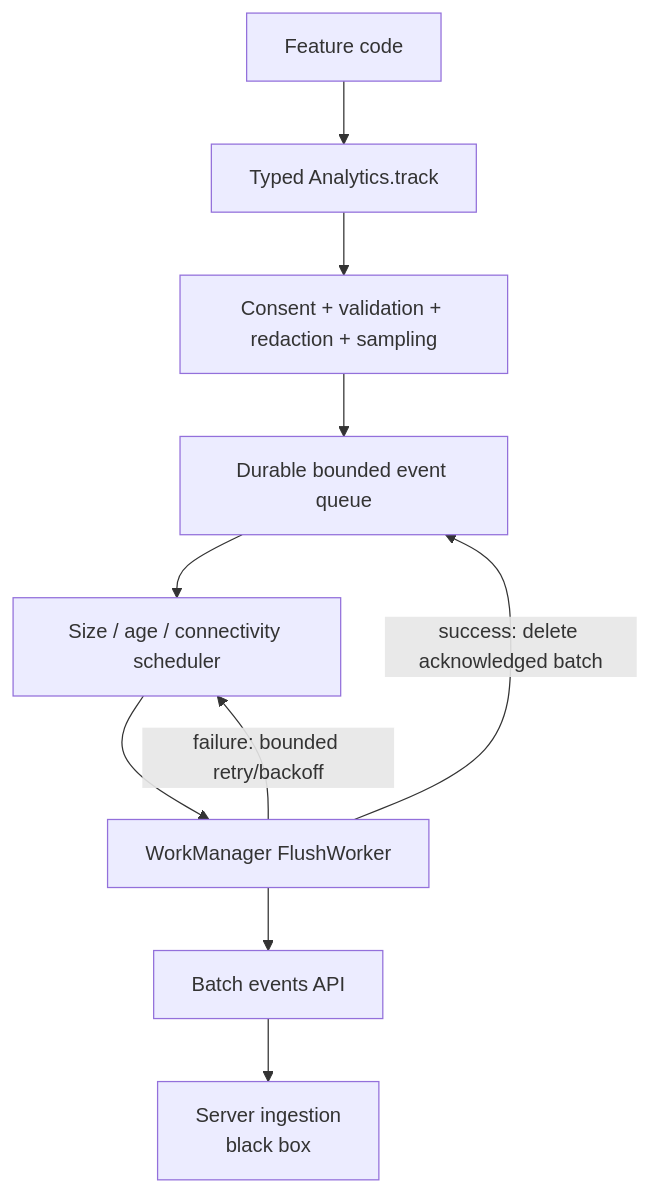
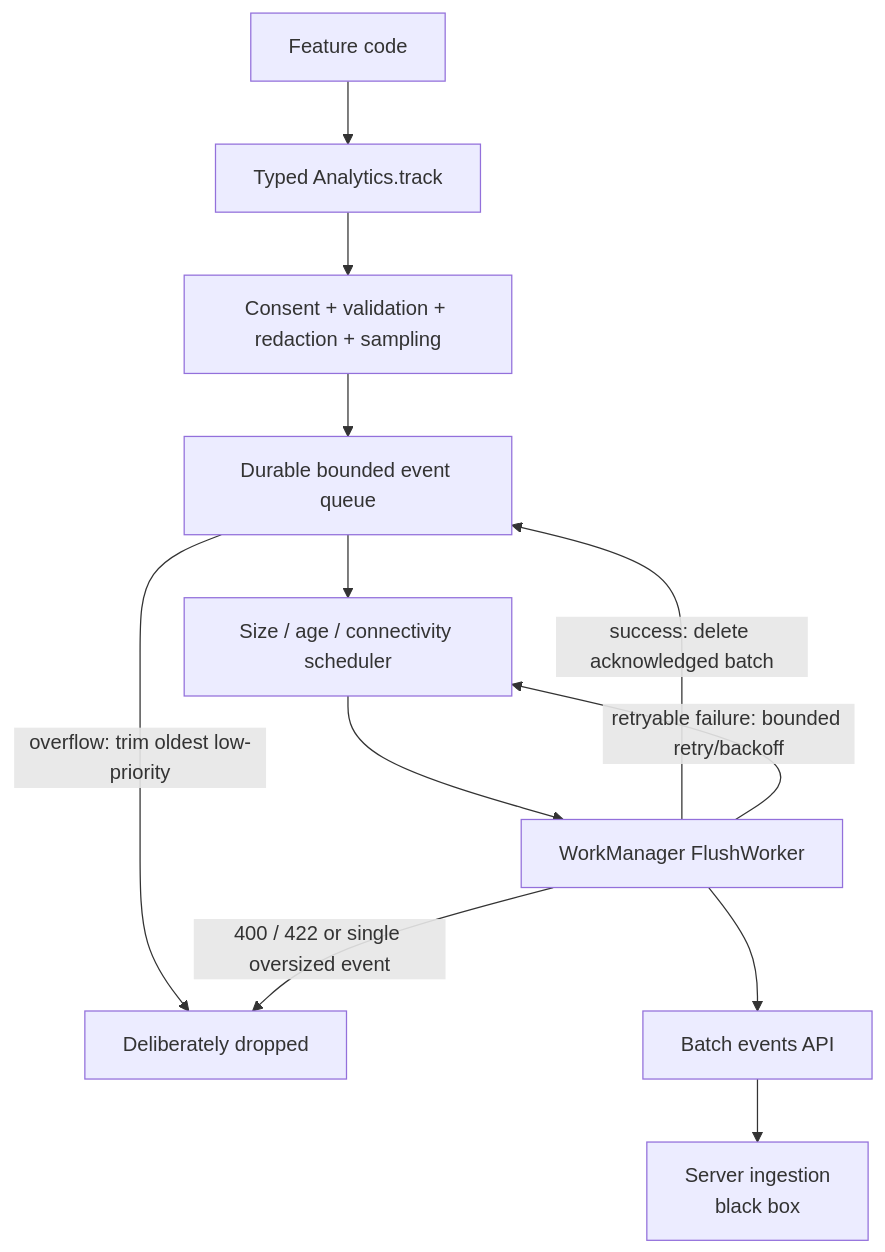
Before and after one commit to swarnsingh/android-staff-engineer-playbook-website: the first of 2 diagrams in mobile-system-design/analytics-sdk.md, drawn with Mermaid. The commit also changed other lines of this file and 24 other files, not shown here.

````diff
--- a/mobile-system-design/analytics-sdk.md
+++ b/mobile-system-design/analytics-sdk.md
@@ -53,12 +53,14 @@
 ```mermaid
 flowchart TD
     Feature["Feature code"] --> Track["Typed Analytics.track"]
     Track --> Policy["Consent + validation + redaction + sampling"]
     Policy --> Queue["Durable bounded event queue"]
+    Queue -->|"overflow: trim oldest low-priority"| Dropped["Deliberately dropped"]
     Queue --> Scheduler["Size / age / connectivity scheduler"]
     Scheduler --> Worker["WorkManager FlushWorker"]
     Worker --> API["Batch events API"]
     API --> Ingestion["Server ingestion<br/>black box"]
     Worker -->|"success: delete acknowledged batch"| Queue
-    Worker -->|"failure: bounded retry/backoff"| Scheduler
+    Worker -->|"retryable failure: bounded retry/backoff"| Scheduler
+    Worker -->|"400 / 422 or single oversized event"| Dropped
 ```
````
